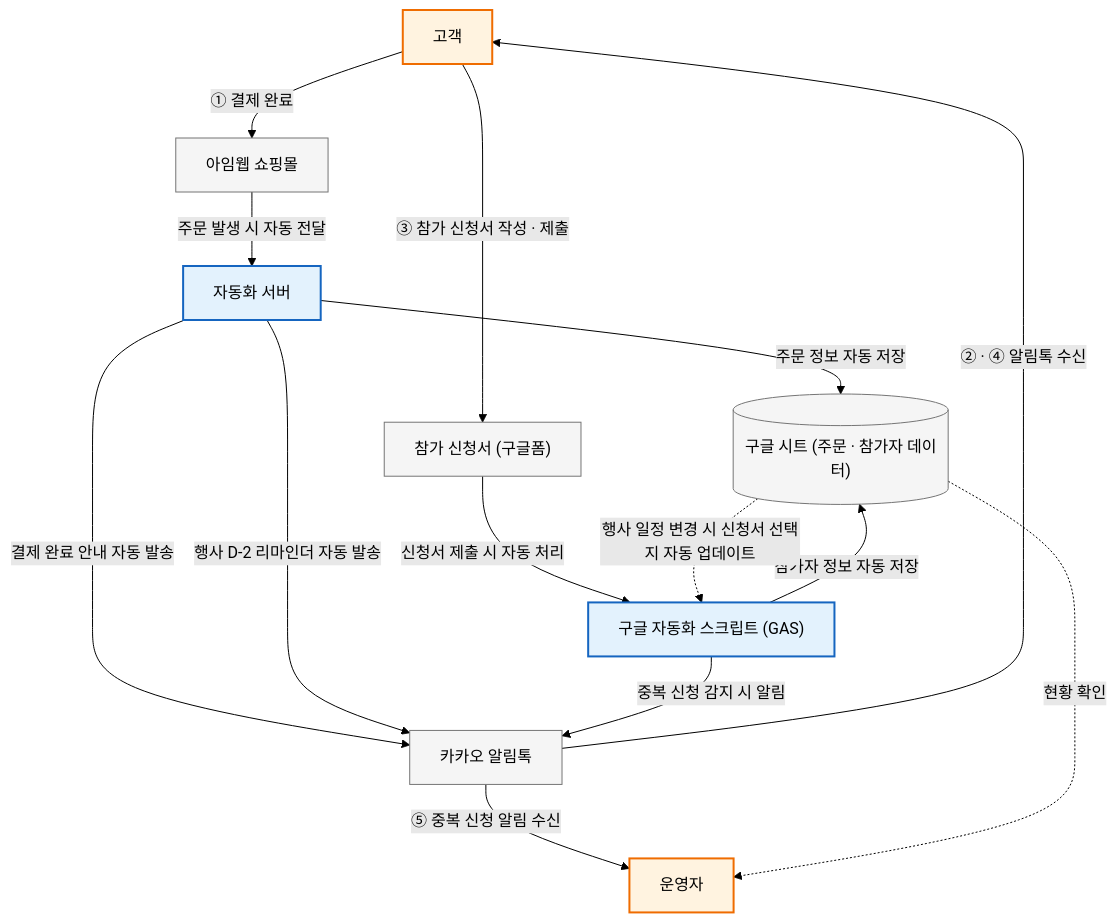
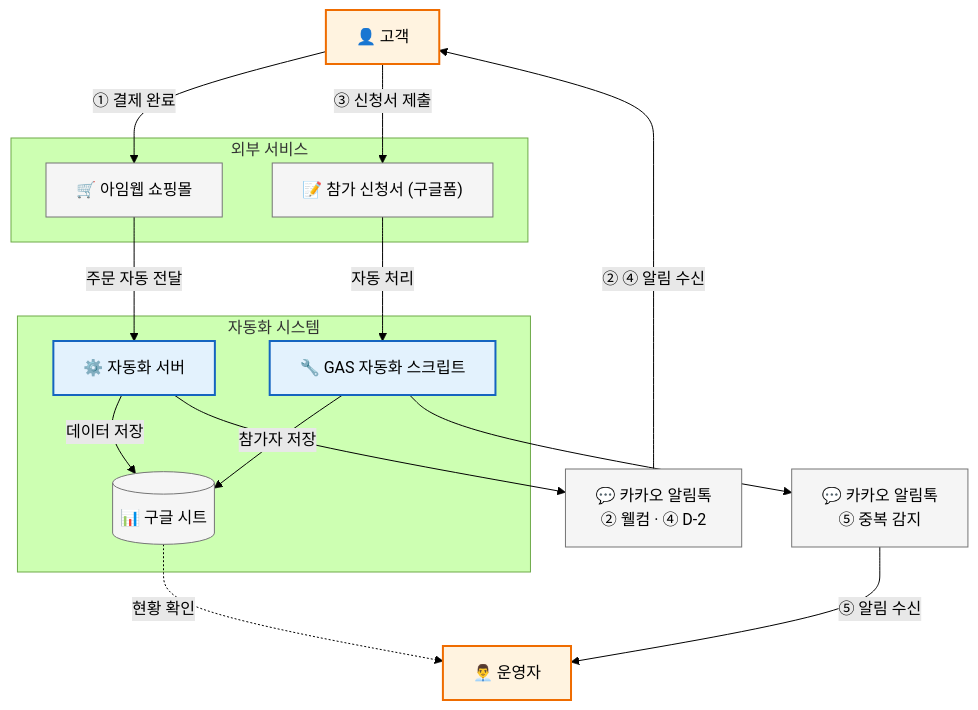
Before and after one commit to 2BeeDevStudio/portfolio: the first of 2 diagrams in imweb-automation/README.md, drawn with Mermaid (forest theme). The commit also changed 1 other file, not shown here.

Commit message:
feat: 서비스 흐름 다이어그램 개선 및 포트폴리오 내용 보강
- 서비스 흐름 다이어그램 선 겹침 수정 (알림톡 노드 분리)
- 운영 모니터링, 트러블슈팅 히스토리 섹션 추가
- 기술적 의사결정 섹션 추가
- 스크린샷 추가

````diff
--- a/imweb-automation/README.md
+++ b/imweb-automation/README.md
@@ -21,27 +21,36 @@
 ```mermaid
-flowchart TD
+graph TD
     classDef actor fill:#fff3e0,stroke:#ef6c00,stroke-width:2px
     classDef system fill:#f5f5f5,stroke:#757575,stroke-width:1px
     classDef highlight fill:#e3f2fd,stroke:#1565c0,stroke-width:2px
-    Customer["고객"]:::actor
-    Admin["운영자"]:::actor
-    Imweb["아임웹 쇼핑몰"]:::system
-    GForm["참가 신청서 (구글폼)"]:::system
-    GSheets[("구글 시트 (주문 · 참가자 데이터)")]:::system
-    Aligo["카카오 알림톡"]:::system
-    AutoScript["구글 자동화 스크립트 (GAS)"]:::highlight
-    Server["자동화 서버"]:::highlight
-    Customer -->|① 결제 완료| Imweb
-    Customer -->|③ 참가 신청서 작성 · 제출| GForm
-    Imweb -->|주문 발생 시 자동 전달| Server
-    Server -->|주문 정보 자동 저장| GSheets
-    Server -->|결제 완료 안내 자동 발송| Aligo
-    Server -->|행사 D-2 리마인더 자동 발송| Aligo
-    GForm -->|신청서 제출 시 자동 처리| AutoScript
-    AutoScript -->|참가자 정보 자동 저장| GSheets
-    AutoScript -->|중복 신청 감지 시 알림| Aligo
-    GSheets -.->|행사 일정 변경 시 신청서 선택지 자동 업데이트| AutoScript
-    Aligo -->|② · ④ 알림톡 수신| Customer
-    Aligo -->|⑤ 중복 신청 알림 수신| Admin
-    GSheets -.->|현황 확인| Admin
+
+    Customer["👤 고객"]:::actor
+    Admin["👨‍💼 운영자"]:::actor
+
+    subgraph External["외부 서비스"]
+        Imweb["🛒 아임웹 쇼핑몰"]:::system
+        GForm["📝 참가 신청서 (구글폼)"]:::system
+    end
+
+    subgraph Core["자동화 시스템"]
+        Server["⚙️ 자동화 서버"]:::highlight
+        GAS["🔧 GAS 자동화 스크립트"]:::highlight
+        GSheets[("📊 구글 시트")]:::system
+    end
+
+    Aligo1["💬 카카오 알림톡\n② 웰컴 · ④ D-2"]:::system
+    Aligo2["💬 카카오 알림톡\n⑤ 중복 감지"]:::system
+
+    Customer -->|"① 결제 완료"| Imweb
+    Imweb -->|"주문 자동 전달"| Server
+    Server -->|"데이터 저장"| GSheets
+    Server --> Aligo1
+    Aligo1 -->|"② ④ 알림 수신"| Customer
+
+    Customer -->|"③ 신청서 제출"| GForm
+    GForm -->|"자동 처리"| GAS
+    GAS -->|"참가자 저장"| GSheets
+    GAS --> Aligo2
+    Aligo2 -->|"⑤ 알림 수신"| Admin
+    GSheets -.->|"현황 확인"| Admin
 ```
````
